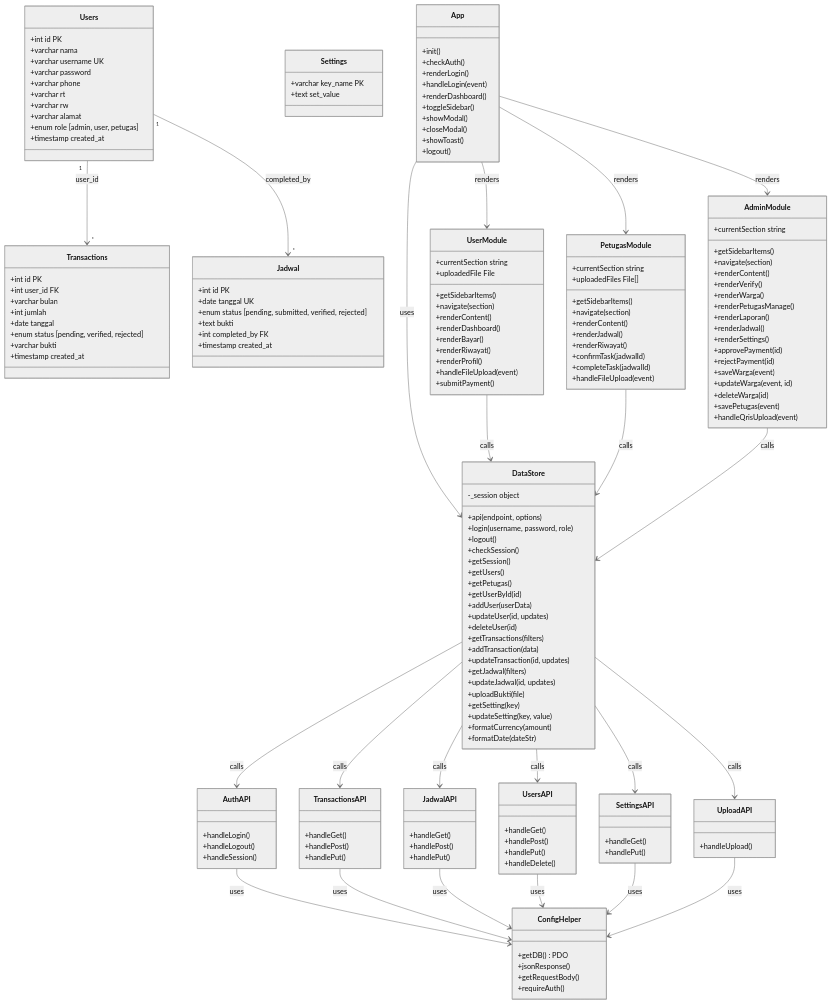
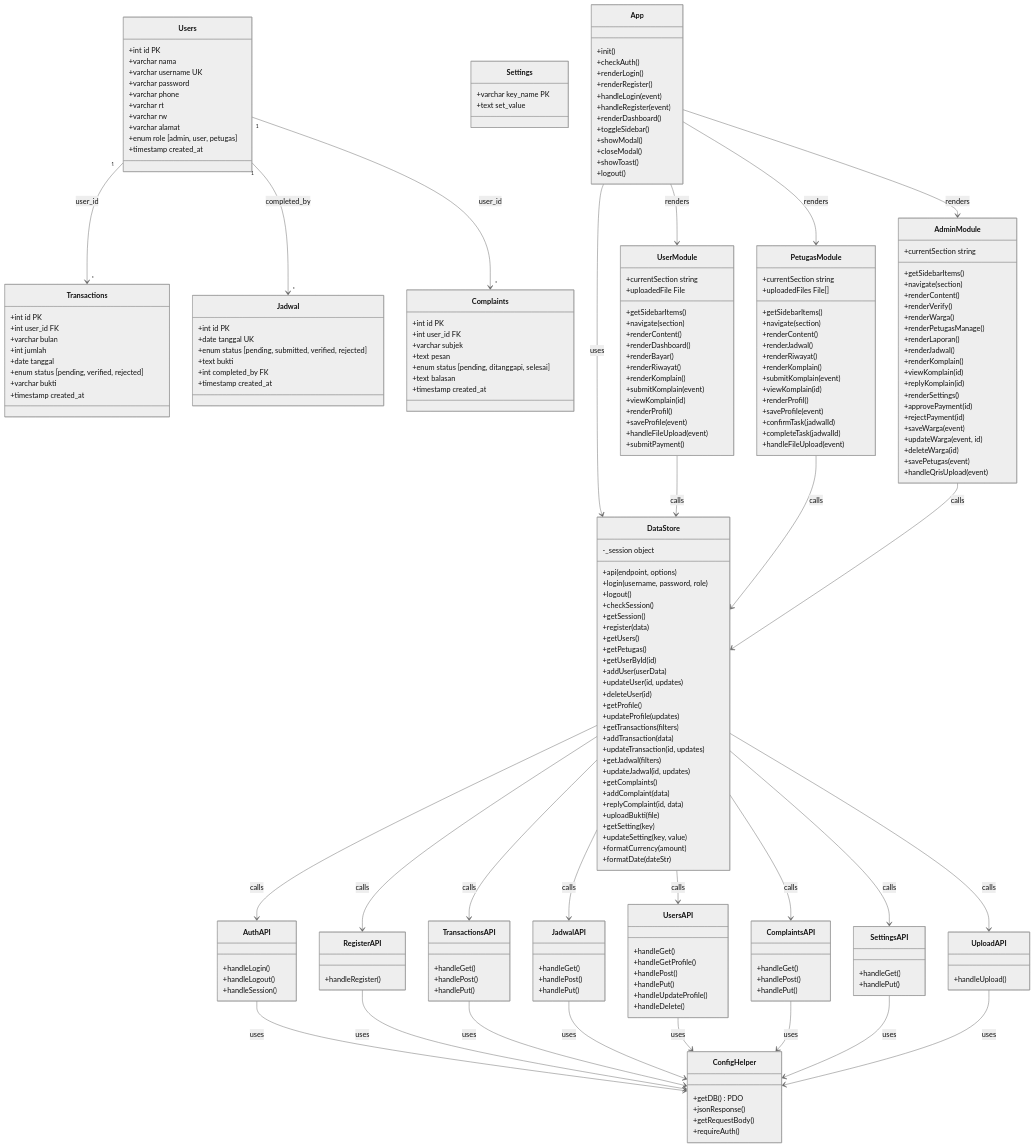
One commit to Aflah88/SIPARES-V.1.0 changed diagram 16 of 19 in dokumentasi/UML_SIPARES.md. Above: the diagram before and after it, drawn with Mermaid (neutral theme). The commit also changed other lines of this file and 15 other files, not shown here.

```diff
--- a/dokumentasi/UML_SIPARES.md
+++ b/dokumentasi/UML_SIPARES.md
@@ -483,6 +620,16 @@
         +timestamp created_at
     }
 
+    class Complaints {
+        +int id PK
+        +int user_id FK
+        +varchar subjek
+        +text pesan
+        +enum status [pending, ditanggapi, selesai]
+        +text balasan
+        +timestamp created_at
+    }
+
     class Settings {
         +varchar key_name PK
         +text set_value
@@ -492,6 +639,10 @@
         +handleLogin()
         +handleLogout()
         +handleSession()
+    }
+
+    class RegisterAPI {
+        +handleRegister()
     }
 
     class TransactionsAPI {
@@ -508,9 +659,17 @@
 
     class UsersAPI {
         +handleGet()
+        +handleGetProfile()
         +handlePost()
         +handlePut()
+        +handleUpdateProfile()
         +handleDelete()
+    }
+
+    class ComplaintsAPI {
+        +handleGet()
+        +handlePost()
+        +handlePut()
     }
 
     class SettingsAPI {
@@ -536,17 +695,23 @@
         +logout()
         +checkSession()
         +getSession()
+        +register(data)
         +getUsers()
         +getPetugas()
         +getUserById(id)
         +addUser(userData)
         +updateUser(id, updates)
         +deleteUser(id)
+        +getProfile()
+        +updateProfile(updates)
         +getTransactions(filters)
         +addTransaction(data)
         +updateTransaction(id, updates)
         +getJadwal(filters)
         +updateJadwal(id, updates)
+        +getComplaints()
+        +addComplaint(data)
+        +replyComplaint(id, data)
         +uploadBukti(file)
         +getSetting(key)
         +updateSetting(key, value)
@@ -558,7 +723,9 @@
         +init()
         +checkAuth()
         +renderLogin()
+        +renderRegister()
         +handleLogin(event)
+        +handleRegister(event)
         +renderDashboard()
         +toggleSidebar()
         +showModal()
@@ -576,7 +743,11 @@
         +renderDashboard()
         +renderBayar()
         +renderRiwayat()
+        +renderKomplain()
+        +submitKomplain(event)
+        +viewKomplain(id)
         +renderProfil()
+        +saveProfile(event)
         +handleFileUpload(event)
         +submitPayment()
     }
@@ -589,6 +760,11 @@
         +renderContent()
         +renderJadwal()
         +renderRiwayat()
+        +renderKomplain()
+        +submitKomplain(event)
+        +viewKomplain(id)
+        +renderProfil()
+        +saveProfile(event)
         +confirmTask(jadwalId)
         +completeTask(jadwalId)
         +handleFileUpload(event)
@@ -604,6 +780,9 @@
         +renderPetugasManage()
         +renderLaporan()
         +renderJadwal()
+        +renderKomplain()
+        +viewKomplain(id)
+        +replyKomplain(id)
         +renderSettings()
         +approvePayment(id)
         +rejectPayment(id)
@@ -616,18 +795,23 @@
 
     Users "1" --> "*" Transactions : user_id
     Users "1" --> "*" Jadwal : completed_by
+    Users "1" --> "*" Complaints : user_id
     
     AuthAPI --> ConfigHelper : uses
+    RegisterAPI --> ConfigHelper : uses
     TransactionsAPI --> ConfigHelper : uses
     JadwalAPI --> ConfigHelper : uses
     UsersAPI --> ConfigHelper : uses
+    ComplaintsAPI --> ConfigHelper : uses
     SettingsAPI --> ConfigHelper : uses
     UploadAPI --> ConfigHelper : uses
 
     DataStore --> AuthAPI : calls
+    DataStore --> RegisterAPI : calls
     DataStore --> TransactionsAPI : calls
     DataStore --> JadwalAPI : calls
     DataStore --> UsersAPI : calls
+    DataStore --> ComplaintsAPI : calls
     DataStore --> SettingsAPI : calls
     DataStore --> UploadAPI : calls
 
```
